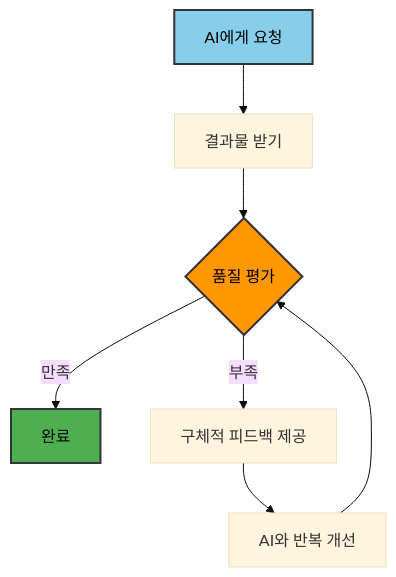
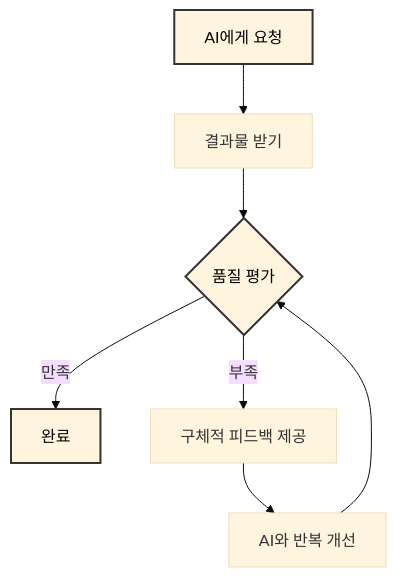
Before and after one commit to c0z0c/blog: the first of 2 diagrams in 블로그/AI 시대 소프트웨어 개발자의 새로운 역량.md, drawn with Mermaid (base theme). The commit also changed other lines of this file and 7 other files, not shown here.

````diff
--- a/블로그/AI 시대 소프트웨어 개발자의 새로운 역량.md
+++ b/블로그/AI 시대 소프트웨어 개발자의 새로운 역량.md
@@ -116,13 +116,13 @@
 ```mermaid
 flowchart TD
     A[AI에게 요청] --> B[결과물 받기]
     B --> C{품질 평가}
     C -->|만족| D[완료]
     C -->|부족| E[구체적 피드백 제공]
     E --> F[AI와 반복 개선]
     F --> C
     
-    style A fill:#87ceeb,stroke:#333,stroke-width:2px,color:#000
-    style D fill:#4caf50,stroke:#333,stroke-width:2px,color:#000
-    style C fill:#ff9800,stroke:#333,stroke-width:2px,color:#000
+    style A stroke-width:2px,stroke:#87ceeb,stroke:#333,stroke-width:2px,color:#000
+    style D stroke-width:2px,stroke:#4caf50,stroke:#333,stroke-width:2px,color:#000
+    style C stroke-width:2px,stroke:#ff9800,stroke:#333,stroke-width:2px,color:#000
 ```
````
